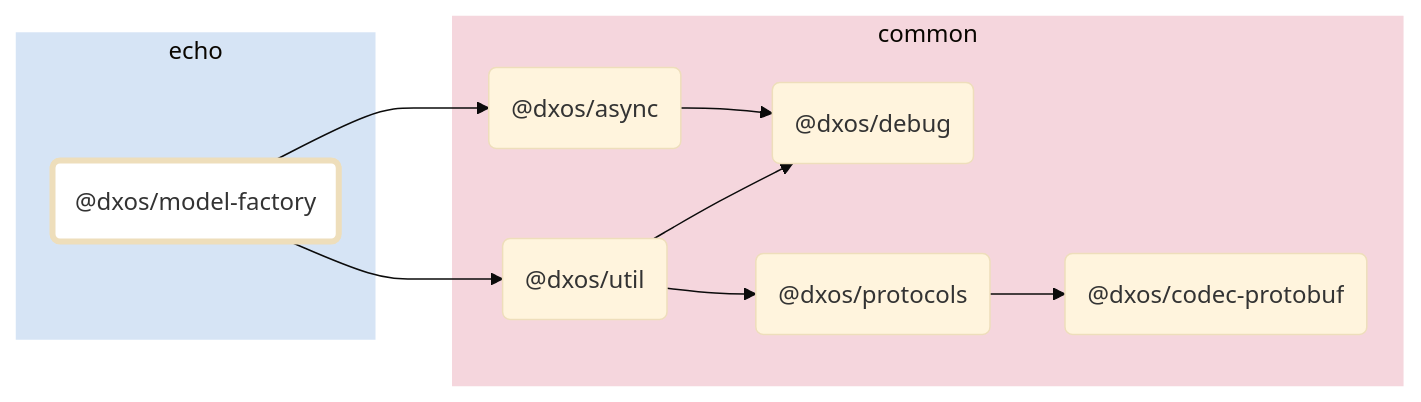
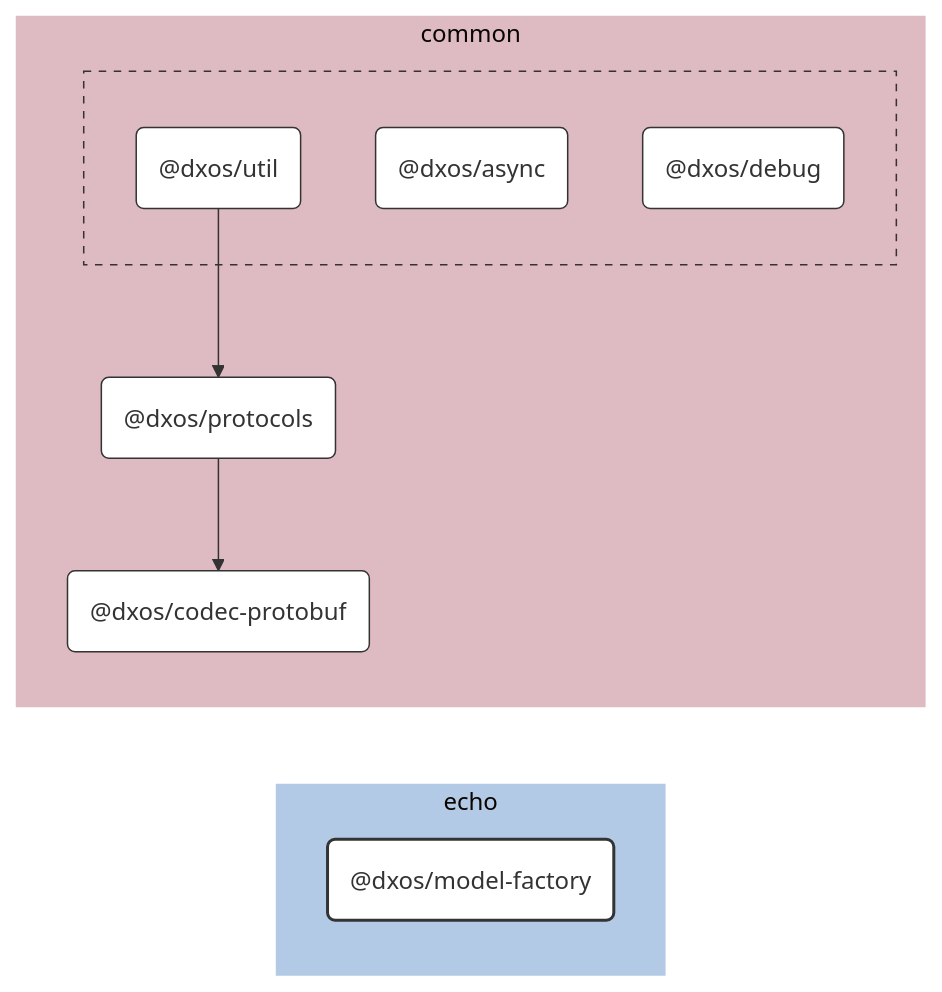
The diagram in packages/echo/model-factory/docs/README.md (dxos/dxos), drawn with Mermaid (base theme) before and after one commit. The commit also changed 100 other files, not shown here.

````diff
--- a/packages/echo/model-factory/docs/README.md
+++ b/packages/echo/model-factory/docs/README.md
@@ -7,32 +7,52 @@
 ```mermaid
-flowchart LR;
+%%{ init: {'flowchart':{'curve':'basis'}} }%%
 
-style dxos/model-factory fill:#fff,stroke-width:4px;
+flowchart LR
 
-click dxos/async "https:/github.com/dxos/dxos/tree/main/packages/common/async/docs";
-click dxos/debug "https:/github.com/dxos/dxos/tree/main/packages/common/debug/docs";
-click dxos/codec-protobuf "https:/github.com/dxos/dxos/tree/main/packages/common/codec-protobuf/docs";
-click dxos/protocols "https:/github.com/dxos/dxos/tree/main/packages/common/protocols/docs";
-click dxos/util "https:/github.com/dxos/dxos/tree/main/packages/common/util/docs";
+%% Links
+dxos/protocols --> dxos/codec-protobuf;
+dxos/util --> dxos/protocols;
 
+%% Sections
 subgraph echo
-  style echo fill:#d6e4f5,stroke:#fff;
-  dxos/model-factory("@dxos/model-factory");
+  style echo fill:#b3cae6,stroke:#fff;
+
+  dxos/model-factory("@dxos/model-factory")
 end
 
 subgraph common
-  style common fill:#f5d6dd,stroke:#fff;
-  dxos/async("@dxos/async");
-  dxos/debug("@dxos/debug");
-  dxos/codec-protobuf("@dxos/codec-protobuf");
-  dxos/protocols("@dxos/protocols");
-  dxos/util("@dxos/util");
+  style common fill:#debac2,stroke:#fff;
+
+  dxos/codec-protobuf("@dxos/codec-protobuf")
+  dxos/protocols("@dxos/protocols")
+
+  subgraph common-excluded [ ]
+    style common-excluded fill:#debac2,stroke:#333,stroke-dasharray:5 5;
+
+    dxos/async("@dxos/async")
+    dxos/debug("@dxos/debug")
+    dxos/util("@dxos/util")
+  end
 end
 
-dxos/model-factory --> dxos/async;
-dxos/async --> dxos/debug;
-dxos/protocols --> dxos/codec-protobuf;
-dxos/model-factory --> dxos/util;
-dxos/util --> dxos/debug;
-dxos/util --> dxos/protocols;
+
+%% Hyperlinks
+click dxos/async href "https:/github.com/dxos/dxos/tree/main/packages/common/async/docs";
+click dxos/codec-protobuf href "https:/github.com/dxos/dxos/tree/main/packages/common/codec-protobuf/docs";
+click dxos/debug href "https:/github.com/dxos/dxos/tree/main/packages/common/debug/docs";
+click dxos/protocols href "https:/github.com/dxos/dxos/tree/main/packages/common/protocols/docs";
+click dxos/util href "https:/github.com/dxos/dxos/tree/main/packages/common/util/docs";
+
+%% Styles
+classDef rootNode fill:#fff,stroke:#333,stroke-width:2px
+classDef defaultNode fill:#fff,stroke:#333,stroke-width:1px
+linkStyle default stroke:#333,stroke-width:1px
+
+dxos/model-factory:::rootNode
+
+dxos/async:::defaultNode
+dxos/codec-protobuf:::defaultNode
+dxos/debug:::defaultNode
+dxos/protocols:::defaultNode
+dxos/util:::defaultNode
 ```
````
